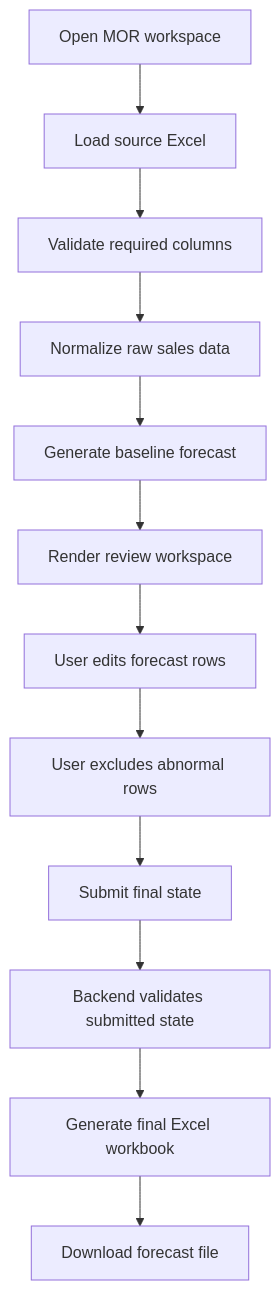
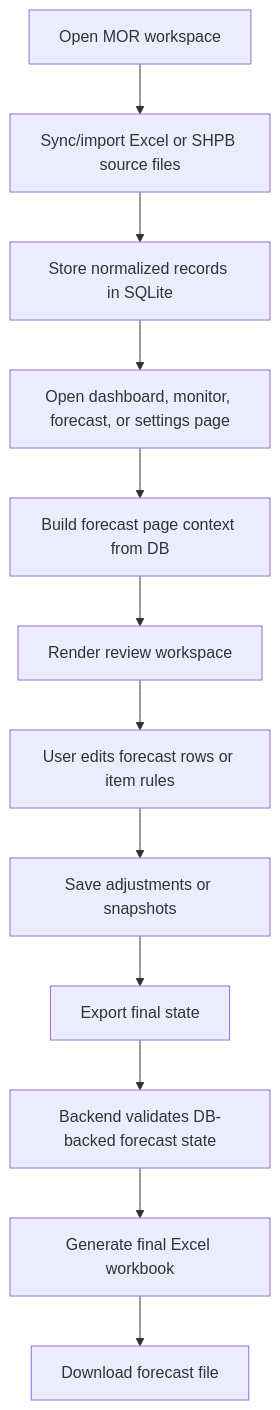
Before and after one commit to skydreamer0/MOR: the first of 3 diagrams in infrastructure/project_architecture_and_implementation_plan.md, drawn with Mermaid. The commit also changed other lines of this file and 2 other files, not shown here.

Commit message:
docs: align architecture docs with db-first workflow

````diff
--- a/infrastructure/project_architecture_and_implementation_plan.md
+++ b/infrastructure/project_architecture_and_implementation_plan.md
@@ -114,14 +115,14 @@
 ```mermaid
 flowchart TD
-    A[Open MOR workspace] --> B[Load source Excel]
-    B --> C[Validate required columns]
-    C --> D[Normalize raw sales data]
-    D --> E[Generate baseline forecast]
+    A[Open MOR workspace] --> B[Sync/import Excel or SHPB source files]
+    B --> C[Store normalized records in SQLite]
+    C --> D[Open dashboard, monitor, forecast, or settings page]
+    D --> E[Build forecast page context from DB]
     E --> F[Render review workspace]
-    F --> G[User edits forecast rows]
-    G --> H[User excludes abnormal rows]
-    H --> I[Submit final state]
-    I --> J[Backend validates submitted state]
+    F --> G[User edits forecast rows or item rules]
+    G --> H[Save adjustments or snapshots]
+    H --> I[Export final state]
+    I --> J[Backend validates DB-backed forecast state]
     J --> K[Generate final Excel workbook]
     K --> L[Download forecast file]
 ```
````
